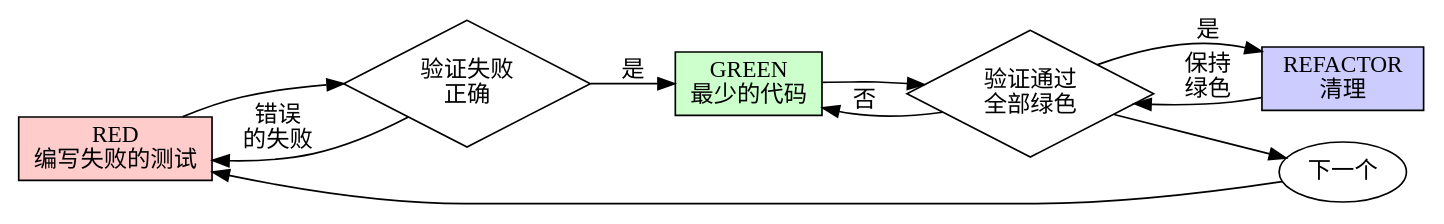
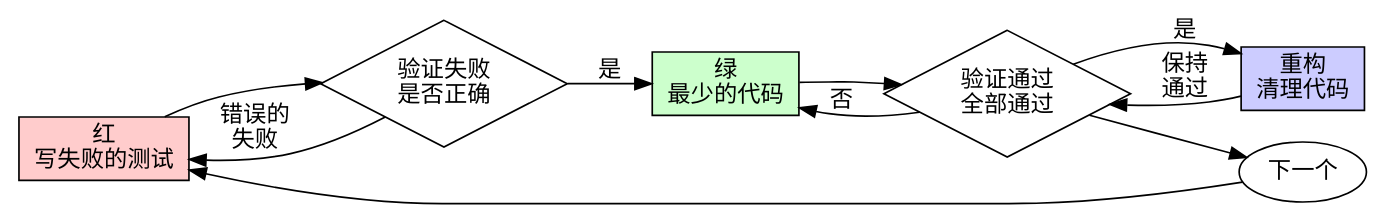
The diagram in superpower/translation-cn/.claude/skills/test-driven-development/SKILL.md (camtrik/harness-study), drawn with Graphviz before and after one commit. The commit also changed other lines of this file and 42 other files, not shown here.

````diff
--- a/superpower/translation-cn/.claude/skills/test-driven-development/SKILL.md
+++ b/superpower/translation-cn/.claude/skills/test-driven-development/SKILL.md
@@ -49,21 +49,21 @@
 ```dot
 digraph tdd_cycle {
     rankdir=LR;
-    red [label="RED\n编写失败的测试", shape=box, style=filled, fillcolor="#ffcccc"];
-    verify_red [label="验证失败\n正确", shape=diamond];
-    green [label="GREEN\n最少的代码", shape=box, style=filled, fillcolor="#ccffcc"];
-    verify_green [label="验证通过\n全部绿色", shape=diamond];
-    refactor [label="REFACTOR\n清理", shape=box, style=filled, fillcolor="#ccccff"];
+    red [label="红\n写失败的测试", shape=box, style=filled, fillcolor="#ffcccc"];
+    verify_red [label="验证失败\n是否正确", shape=diamond];
+    green [label="绿\n最少的代码", shape=box, style=filled, fillcolor="#ccffcc"];
+    verify_green [label="验证通过\n全部通过", shape=diamond];
+    refactor [label="重构\n清理代码", shape=box, style=filled, fillcolor="#ccccff"];
     next [label="下一个", shape=ellipse];
 
     red -> verify_red;
     verify_red -> green [label="是"];
-    verify_red -> red [label="错误\n的失败"];
+    verify_red -> red [label="错误的\n失败"];
     green -> verify_green;
     verify_green -> refactor [label="是"];
     verify_green -> green [label="否"];
-    refactor -> verify_green [label="保持\n绿色"];
+    refactor -> verify_green [label="保持\n通过"];
     verify_green -> next;
     next -> red;
 }
 ```
````
